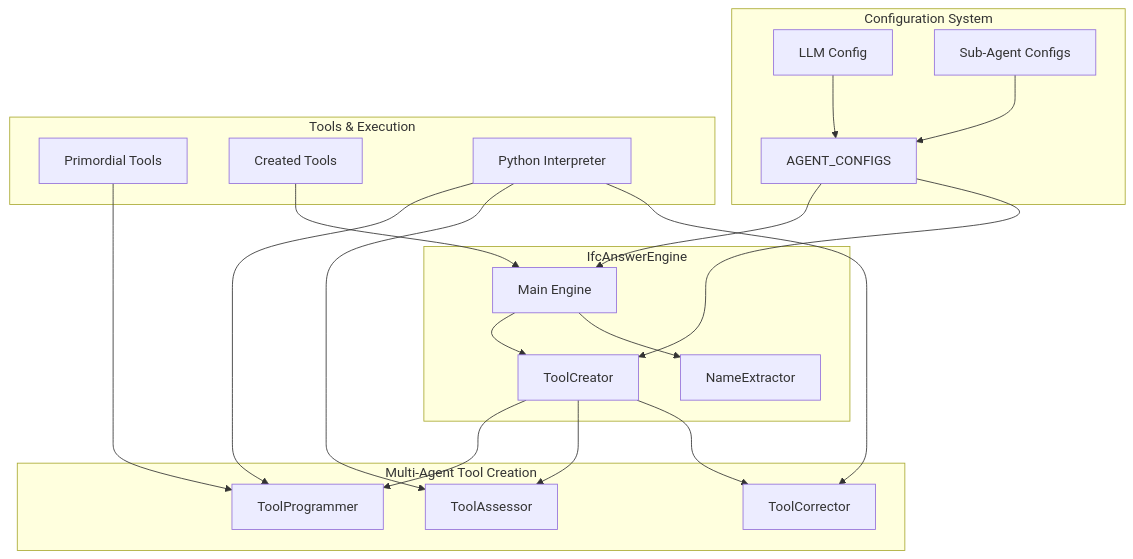
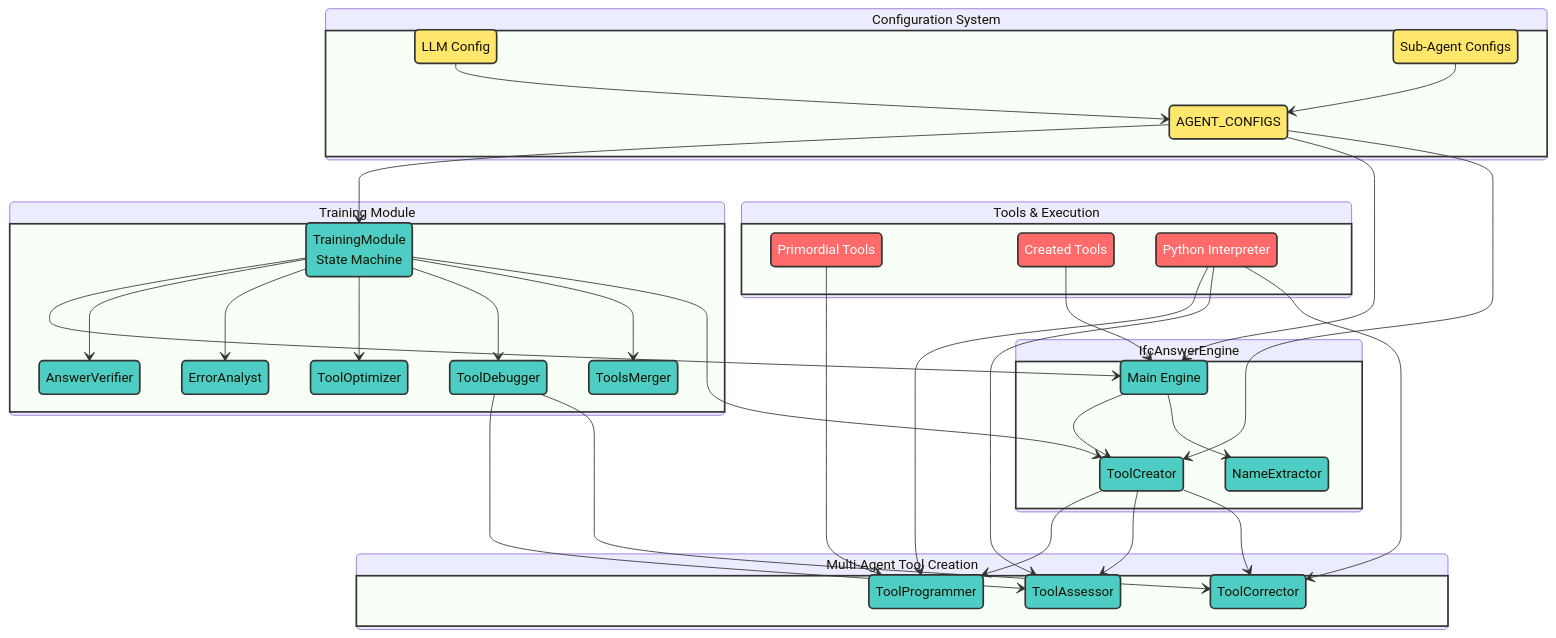
One commit to sylvainHellin/cobbie changed the first of 3 diagrams in README.md. Above: the diagram before and after it, drawn with Mermaid. The commit also changed other lines of this file and 1 other file, not shown here.

Commit message:
updated readme and roadmap

````diff
--- a/README.md
+++ b/README.md
@@ -20,41 +20,73 @@
 ```mermaid
-graph TB
-    subgraph "IfcAnswerEngine"
-        IE[Main Engine]
-        TC[ToolCreator]
-        NE[NameExtractor]
-    end
+stateDiagram-v2
+    classDef input fill:#1a535c,stroke:#333,stroke-width:2px,color:#fff
+    classDef module fill:#4ecdc4,stroke:#333,stroke-width:2px  
+    classDef condition fill:#f7fff7,stroke:#333,stroke-width:2px
+    classDef output fill:#ff6b6b,stroke:#333,stroke-width:2px,color:#fff
+    classDef state fill:#ffe66d,stroke:#333,stroke-width:2px
 
-    subgraph "Multi-Agent Tool Creation"
-        TP[ToolProgrammer]
-        TA[ToolAssessor]
-        TCR[ToolCorrector]
-    end
+    state "Training Module" as TM {
+        state "TrainingModule<br/>State Machine" as TSM
+        state "AnswerVerifier" as AV
+        state "ErrorAnalyst" as EA
+        state "ToolOptimizer" as TO
+        state "ToolDebugger" as TD
+        state "ToolsMerger" as TMR
+    }
 
-    subgraph "Configuration System"
-        AC[AGENT_CONFIGS]
-        LC[LLM Config]
-        SC[Sub-Agent Configs]
-    end
+    state "IfcAnswerEngine" as IE {
+        state "Main Engine" as ME
+        state "ToolCreator" as TC
+        state "NameExtractor" as NE
+    }
 
-    subgraph "Tools & Execution"
-        PT[Primordial Tools]
-        CT[Created Tools]
-        PI[Python Interpreter]
-    end
+    state "Multi-Agent Tool Creation" as MATC {
+        state "ToolProgrammer" as TP
+        state "ToolAssessor" as TA
+        state "ToolCorrector" as TCR
+    }
 
-    IE --> TC
-    IE --> NE
+    state "Configuration System" as CS {
+        state "AGENT_CONFIGS" as AC
+        state "LLM Config" as LC
+        state "Sub-Agent Configs" as SC
+    }
+
+    state "Tools & Execution" as TE {
+        state "Primordial Tools" as PT
+        state "Created Tools" as CT
+        state "Python Interpreter" as PI
+    }
+
+    TSM --> ME
+    TSM --> AV
+    TSM --> EA
+    TSM --> TO
+    TSM --> TD
+    TSM --> TMR
+    TSM --> TC
+    
+    ME --> TC
+    ME --> NE
     TC --> TP
     TC --> TA
     TC --> TCR
-    AC --> IE
+    TD --> TA
+    TD --> TCR
+    
+    AC --> TSM
+    AC --> ME
     AC --> TC
     LC --> AC
     SC --> AC
     PT --> TP
-    CT --> IE
+    CT --> ME
     PI --> TP
     PI --> TA
     PI --> TCR
+
+    class TSM,ME,TC,NE,TP,TA,TCR,AV,EA,TO,TD,TMR module
+    class AC,LC,SC state
+    class PT,CT,PI output
+    class TM,IE,MATC,CS,TE condition
 ```
````
